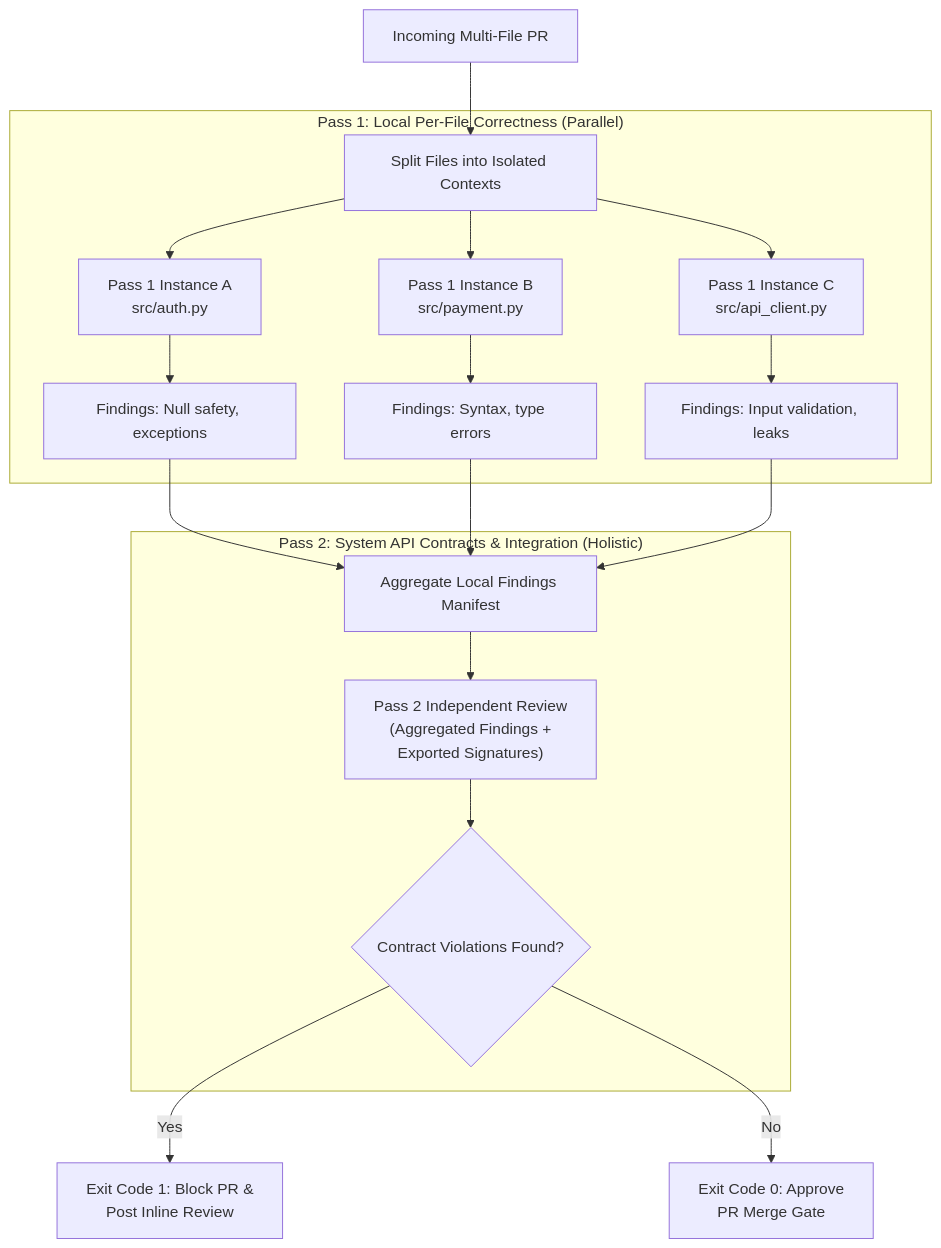
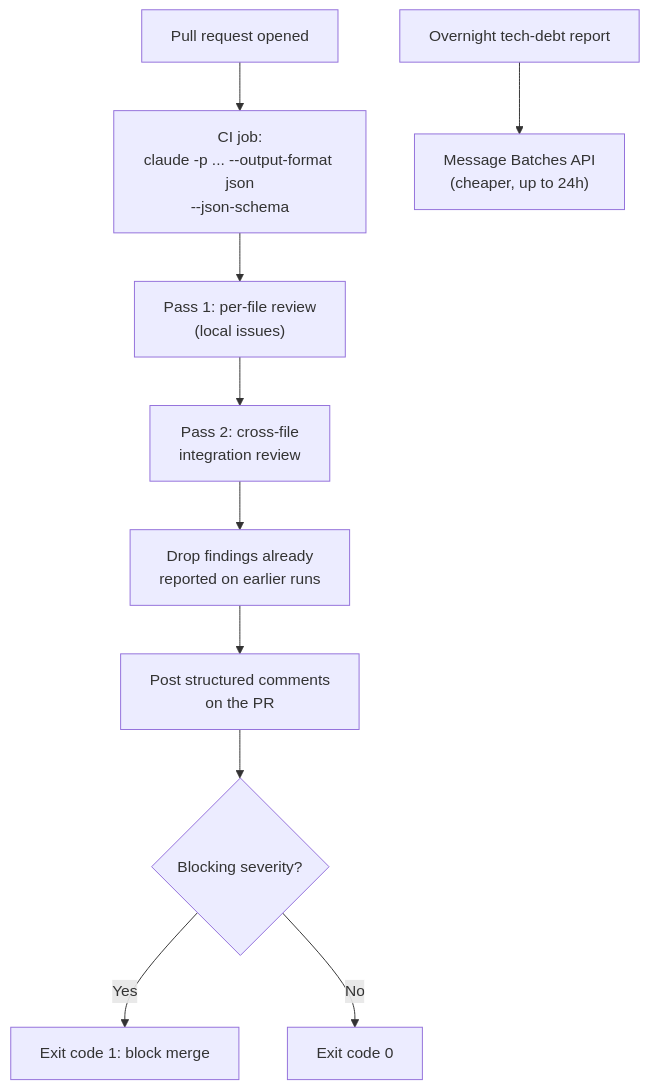
The diagram in scenarios/scenario_5_continuous_integration/SCENARIO_GUIDE.md (dip4k/claude_cert_architect_foundation_prep), drawn with Mermaid before and after one commit. The commit also changed other lines of this file and 133 other files, not shown here.

````diff
--- a/scenarios/scenario_5_continuous_integration/SCENARIO_GUIDE.md
+++ b/scenarios/scenario_5_continuous_integration/SCENARIO_GUIDE.md
@@ -109,24 +18,12 @@
 ```mermaid
 flowchart TD
-    PR["Incoming Multi-File PR"] --> Split["Split Files into Isolated Contexts"]
-    
-    subgraph Pass1["Pass 1: Local Per-File Correctness (Parallel)"]
-        Split --> P1A["Pass 1 Instance A<br>src/auth.py"]
-        Split --> P1B["Pass 1 Instance B<br>src/payment.py"]
-        Split --> P1C["Pass 1 Instance C<br>src/api_client.py"]
-        
-        P1A --> R1["Findings: Null safety, exceptions"]
-        P1B --> R2["Findings: Syntax, type errors"]
-        P1C --> R3["Findings: Input validation, leaks"]
-    end
-    
-    R1 & R2 & R3 --> Agg["Aggregate Local Findings Manifest"]
-    
-    subgraph Pass2["Pass 2: System API Contracts & Integration (Holistic)"]
-        Agg --> P2Instance["Pass 2 Independent Review<br>(Aggregated Findings +<br>Exported Signatures)"]
-        P2Instance --> ContractEval{"Contract Violations Found?"}
-    end
-    
-    ContractEval -- "Yes" --> BlockGate["Exit Code 1: Block PR &<br>Post Inline Review"]
-    ContractEval -- "No" --> PassGate["Exit Code 0: Approve<br>PR Merge Gate"]
+    PR["Pull request opened"] --> CI["CI job:<br>claude -p ... --output-format json<br>--json-schema"]
+    CI --> Files["Pass 1: per-file review<br>(local issues)"]
+    Files --> Integ["Pass 2: cross-file<br>integration review"]
+    Integ --> Dedupe["Drop findings already<br>reported on earlier runs"]
+    Dedupe --> Post["Post structured comments<br>on the PR"]
+    Post --> Gate{"Blocking severity?"}
+    Gate -->|"Yes"| Fail["Exit code 1: block merge"]
+    Gate -->|"No"| Pass["Exit code 0"]
+    Nightly["Overnight tech-debt report"] --> Batch["Message Batches API<br>(cheaper, up to 24h)"]
 ```
````
